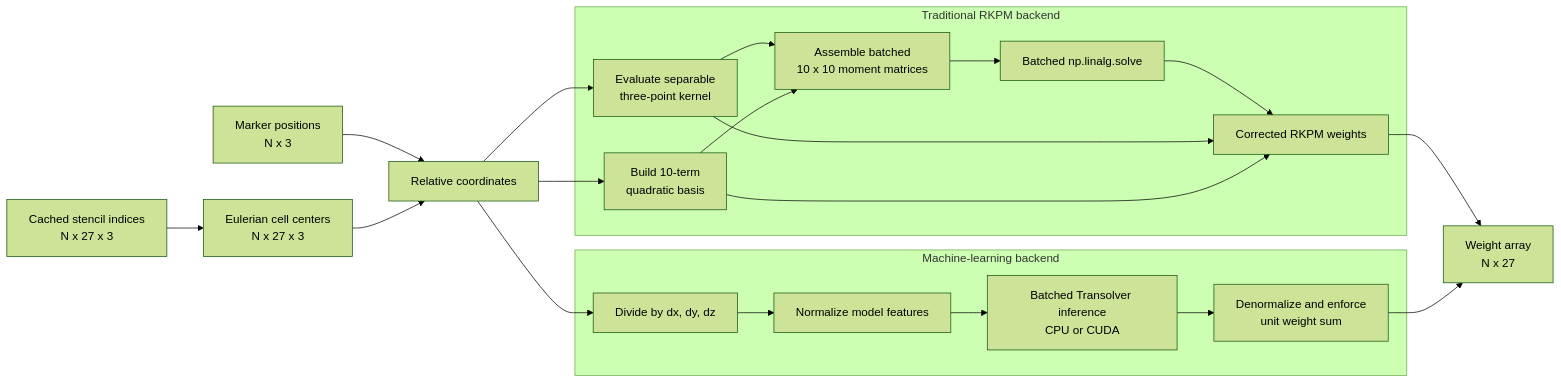
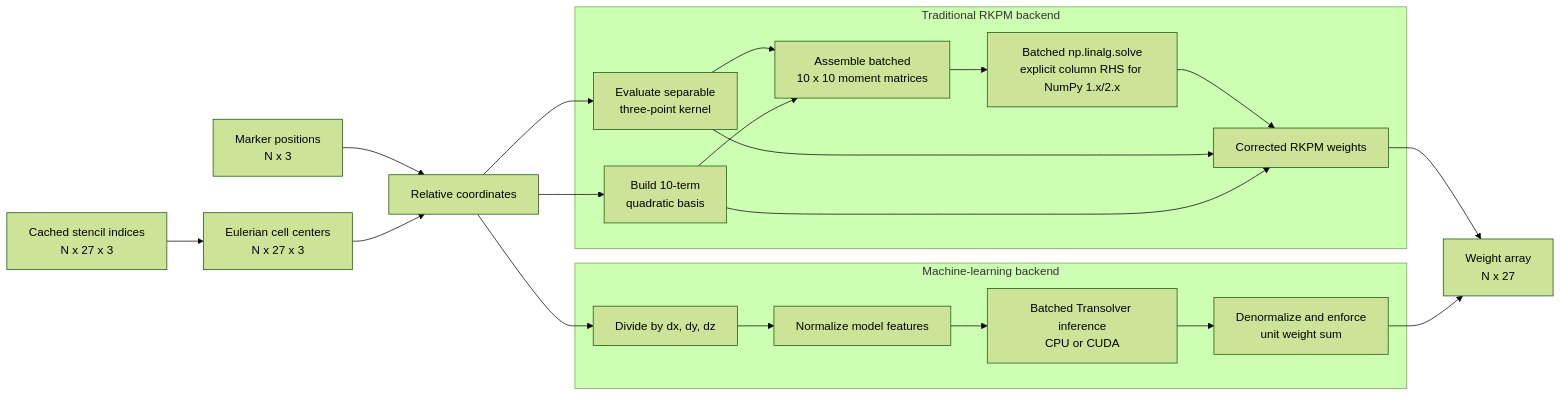
Before and after one commit to bq9958/IAMReX: the second of 2 diagrams in Tools/RKPM_weight/ARCHITECTURE.md, drawn with Mermaid (forest theme). The commit also changed other lines of this file and 3 other files, not shown here.

````diff
--- a/Tools/RKPM_weight/ARCHITECTURE.md
+++ b/Tools/RKPM_weight/ARCHITECTURE.md
@@ -112,35 +112,35 @@
 ```mermaid
 flowchart LR
     Positions["Marker positions<br/>N x 3"]
     Stencils["Cached stencil indices<br/>N x 27 x 3"]
     Centers["Eulerian cell centers<br/>N x 27 x 3"]
 
     Positions --> Relative["Relative coordinates"]
     Stencils --> Centers --> Relative
 
     subgraph TraditionalRKPM[Traditional RKPM backend]
         Kernel["Evaluate separable<br/>three-point kernel"]
         Basis["Build 10-term<br/>quadratic basis"]
         Moment["Assemble batched<br/>10 x 10 moment matrices"]
-        LinearSolve["Batched np.linalg.solve"]
+        LinearSolve["Batched np.linalg.solve<br/>explicit column RHS for NumPy 1.x/2.x"]
         Corrected["Corrected RKPM weights"]
         Kernel --> Moment
         Basis --> Moment --> LinearSolve --> Corrected
         Kernel --> Corrected
         Basis --> Corrected
     end
 
     subgraph MachineLearning[Machine-learning backend]
         Dimensionless["Divide by dx, dy, dz"]
         NormalizeInput["Normalize model features"]
         Transolver["Batched Transolver inference<br/>CPU or CUDA"]
         NormalizeOutput["Denormalize and enforce<br/>unit weight sum"]
         Dimensionless --> NormalizeInput --> Transolver --> NormalizeOutput
     end
 
     Relative --> Kernel
     Relative --> Basis
     Relative --> Dimensionless
     Corrected --> Weights["Weight array<br/>N x 27"]
     NormalizeOutput --> Weights
 ```
````
